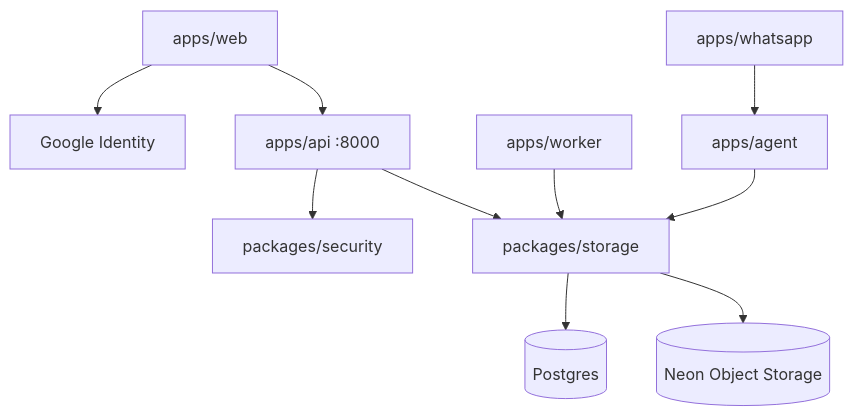
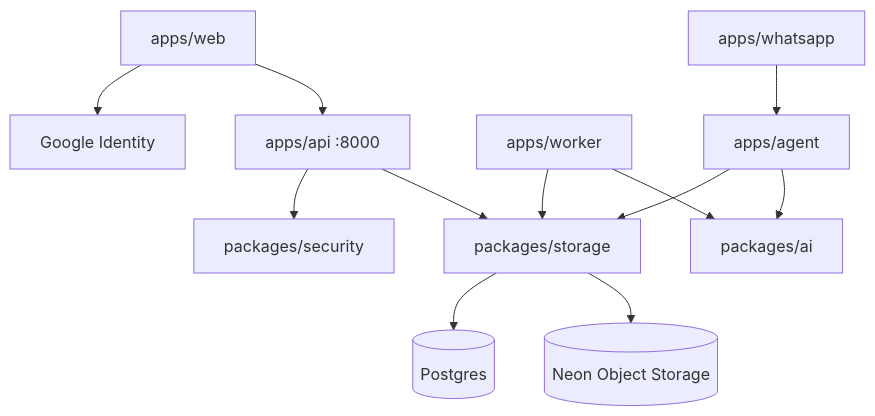
Before and after one commit to AnuragAmbekar741/kosh: the diagram in docs/architecture/overview.md, drawn with Mermaid. The commit also changed other lines of this file and 5 other files, not shown here.

````diff
--- a/docs/architecture/overview.md
+++ b/docs/architecture/overview.md
@@ -64,23 +67,26 @@
 ```mermaid
 flowchart TB
   WEB[apps/web]
   GOOG[Google Identity]
   API[apps/api :8000]
   WRK[apps/worker]
   AGT[apps/agent]
   WA[apps/whatsapp]
   STOR[packages/storage]
   SEC[packages/security]
+  AI[packages/ai]
   PG[(Postgres)]
   OBJ[(Neon Object Storage)]
 
   WEB --> GOOG
   WEB --> API
   WA --> AGT
   API --> SEC
   API --> STOR
   WRK --> STOR
+  WRK --> AI
   AGT --> STOR
+  AGT --> AI
   STOR --> PG
   STOR --> OBJ
 ```
````
